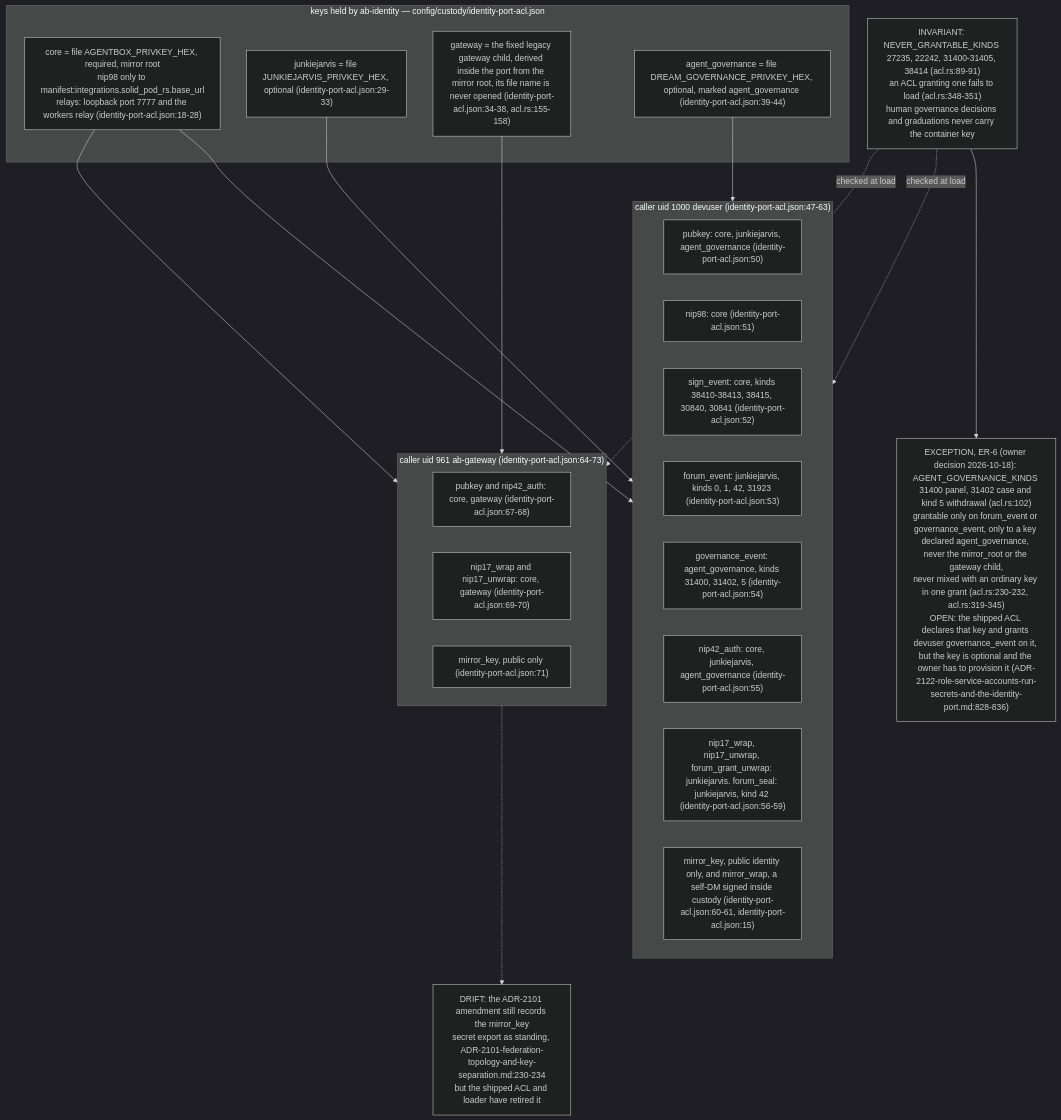
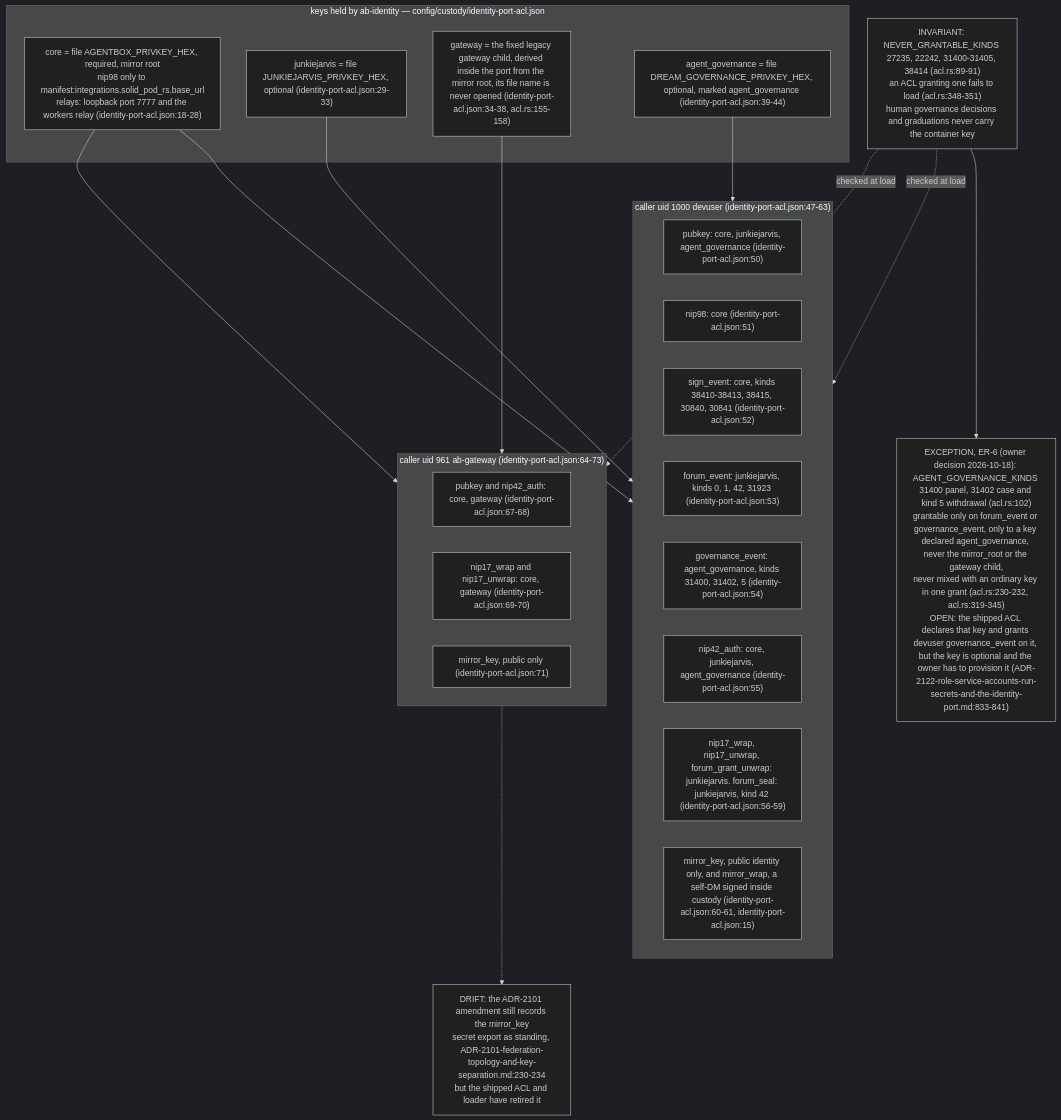
The fifth of 7 diagrams in docs/diagrams/agentbox/36-role-isolation-and-identity-port.md (DreamLab-AI/VisionFlow), drawn with Mermaid (dark theme) before and after one commit. The commit also changed other lines of this file and 12 other files, not shown here.

````diff
--- a/docs/diagrams/agentbox/36-role-isolation-and-identity-port.md
+++ b/docs/diagrams/agentbox/36-role-isolation-and-identity-port.md
@@ -189,35 +189,35 @@
 ```mermaid
 flowchart TB
     subgraph KEYS["keys held by ab-identity — config/custody/identity-port-acl.json"]
         CORE["core = file AGENTBOX_PRIVKEY_HEX, required, mirror root<br/>nip98 only to manifest:integrations.solid_pod_rs.base_url<br/>relays: loopback port 7777 and the workers relay (identity-port-acl.json:18-28)"]
         JJ["junkiejarvis = file JUNKIEJARVIS_PRIVKEY_HEX, optional (identity-port-acl.json:29-33)"]
         GK["gateway = the fixed legacy gateway child, derived inside the port from the mirror root, its file name is never opened (identity-port-acl.json:34-38, acl.rs:155-158)"]
         AG["agent_governance = file DREAM_GOVERNANCE_PRIVKEY_HEX, optional, marked agent_governance (identity-port-acl.json:39-44)"]
     end
     subgraph DEV["caller uid 1000 devuser (identity-port-acl.json:47-63)"]
         D1["pubkey: core, junkiejarvis, agent_governance (identity-port-acl.json:50)"]
         D2["nip98: core (identity-port-acl.json:51)"]
         D3["sign_event: core, kinds 38410-38413, 38415, 30840, 30841 (identity-port-acl.json:52)"]
         D4["forum_event: junkiejarvis, kinds 0, 1, 42, 31923 (identity-port-acl.json:53)"]
         D5["governance_event: agent_governance, kinds 31400, 31402, 5 (identity-port-acl.json:54)"]
         D6["nip42_auth: core, junkiejarvis, agent_governance (identity-port-acl.json:55)"]
         D7["nip17_wrap, nip17_unwrap, forum_grant_unwrap: junkiejarvis. forum_seal: junkiejarvis, kind 42 (identity-port-acl.json:56-59)"]
         D8["mirror_key, public identity only, and mirror_wrap, a self-DM signed inside custody (identity-port-acl.json:60-61, identity-port-acl.json:15)"]
     end
     subgraph GWC["caller uid 961 ab-gateway (identity-port-acl.json:64-73)"]
         G1["pubkey and nip42_auth: core, gateway (identity-port-acl.json:67-68)"]
         G2["nip17_wrap and nip17_unwrap: core, gateway (identity-port-acl.json:69-70)"]
         G3["mirror_key, public only (identity-port-acl.json:71)"]
     end
     NEVER["INVARIANT: NEVER_GRANTABLE_KINDS 27235, 22242, 31400-31405, 38414 (acl.rs:89-91)<br/>an ACL granting one fails to load (acl.rs:348-351)<br/>human governance decisions and graduations never carry the container key"]
-    AGENTK["EXCEPTION, ER-6 (owner decision 2026-10-18): AGENT_GOVERNANCE_KINDS 31400 panel, 31402 case and kind 5 withdrawal (acl.rs:102)<br/>grantable only on forum_event or governance_event, only to a key declared agent_governance, never the mirror_root or the gateway child,<br/>never mixed with an ordinary key in one grant (acl.rs:230-232, acl.rs:319-345)<br/>OPEN: the shipped ACL declares that key and grants devuser governance_event on it, but the key is optional and the owner has to provision it (ADR-2122-role-service-accounts-run-secrets-and-the-identity-port.md:828-836)"]
+    AGENTK["EXCEPTION, ER-6 (owner decision 2026-10-18): AGENT_GOVERNANCE_KINDS 31400 panel, 31402 case and kind 5 withdrawal (acl.rs:102)<br/>grantable only on forum_event or governance_event, only to a key declared agent_governance, never the mirror_root or the gateway child,<br/>never mixed with an ordinary key in one grant (acl.rs:230-232, acl.rs:319-345)<br/>OPEN: the shipped ACL declares that key and grants devuser governance_event on it, but the key is optional and the owner has to provision it (ADR-2122-role-service-accounts-run-secrets-and-the-identity-port.md:833-841)"]
     NEVER --> AGENTK
     CORE --> DEV
     JJ --> DEV
     AG --> DEV
     CORE --> GWC
     GK --> GWC
     NEVER -.->|"checked at load"| DEV
     NEVER -.->|"checked at load"| GWC
     GWC -.-> DR2101["DRIFT: the ADR-2101 amendment still records the mirror_key<br/>secret export as standing, ADR-2101-federation-topology-and-key-separation.md:230-234<br/>but the shipped ACL and loader have retired it"]
 ```
````
